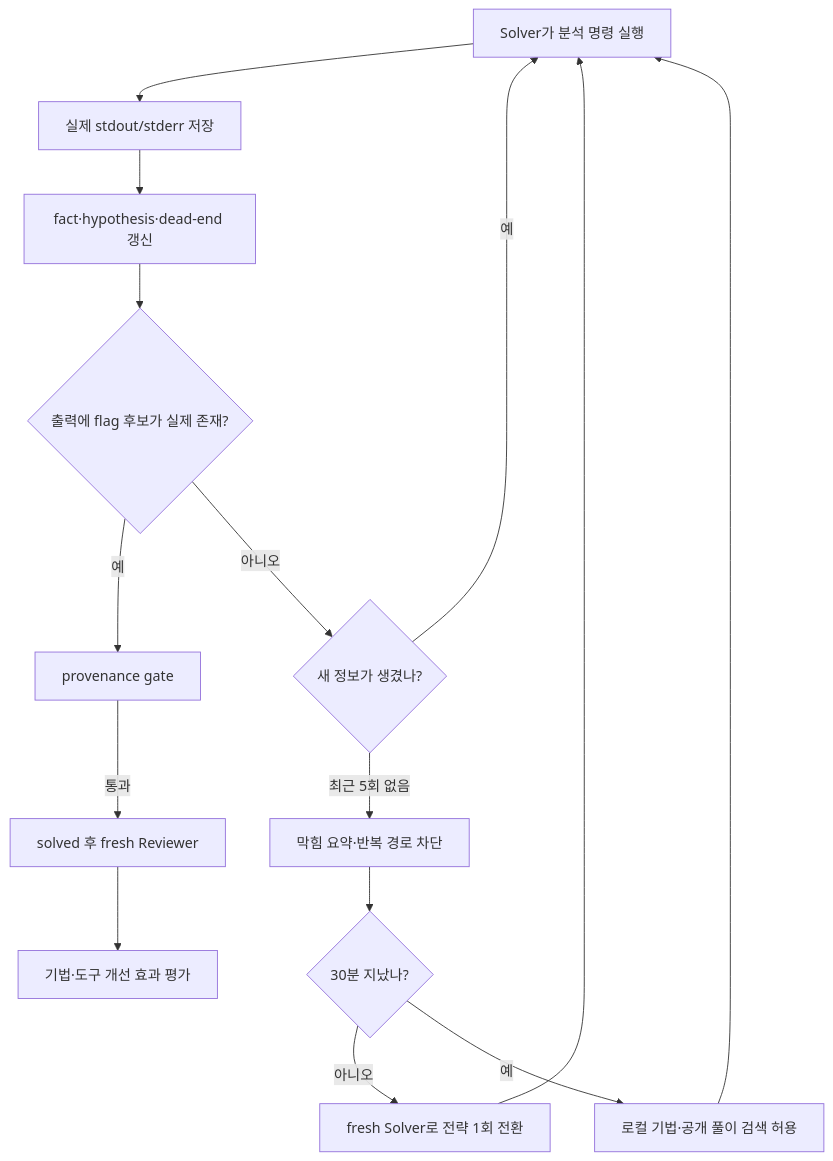
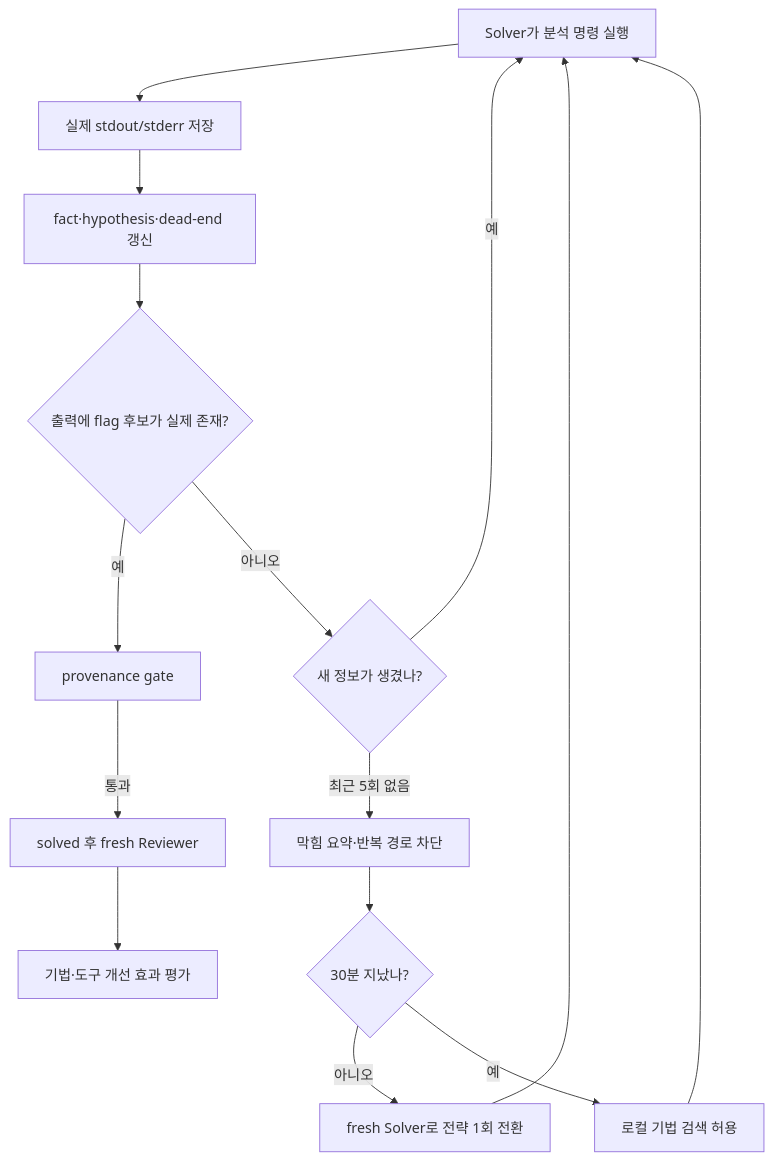
One commit to yt010108/Reverser changed the diagram in doc/HARNESS_REVIEW.md. Above: the diagram before and after it, drawn with Mermaid. The commit also changed other lines of this file and 17 other files, not shown here.

````diff
--- a/doc/HARNESS_REVIEW.md
+++ b/doc/HARNESS_REVIEW.md
@@ -348,17 +348,17 @@
 ```mermaid
 flowchart TD
     A[Solver가 분석 명령 실행] --> B[실제 stdout/stderr 저장]
     B --> C[fact·hypothesis·dead-end 갱신]
     C --> D{출력에 flag 후보가 실제 존재?}
     D -- 예 --> E[provenance gate]
     E -- 통과 --> F[solved 후 fresh Reviewer]
     D -- 아니오 --> G{새 정보가 생겼나?}
     G -- 예 --> A
     G -- 최근 5회 없음 --> H[막힘 요약·반복 경로 차단]
     H --> I{30분 지났나?}
     I -- 아니오 --> J[fresh Solver로 전략 1회 전환]
-    I -- 예 --> K[로컬 기법·공개 풀이 검색 허용]
+    I -- 예 --> K[로컬 기법 검색 허용]
     J --> A
     K --> A
     F --> L[기법·도구 개선 효과 평가]
 ```
````
